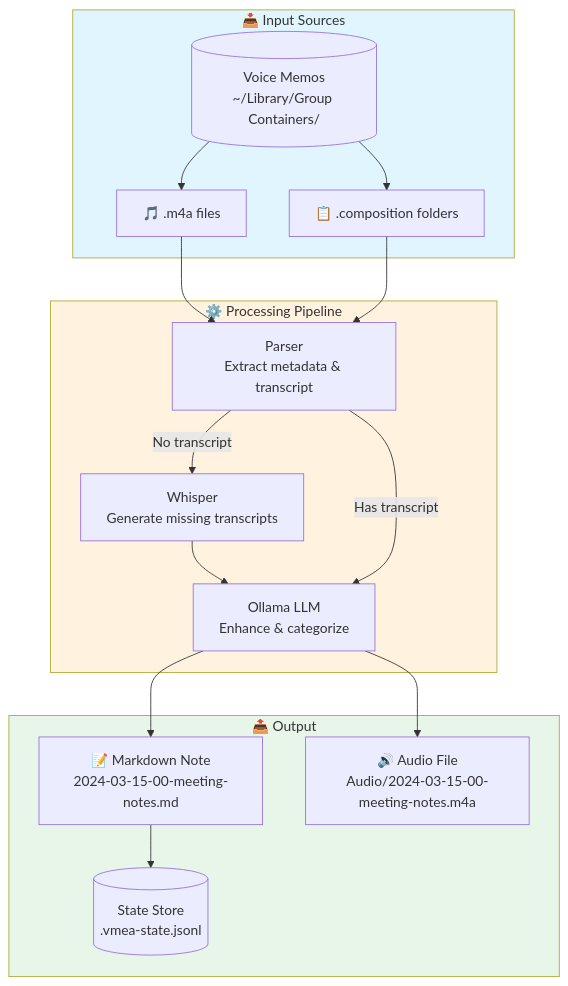
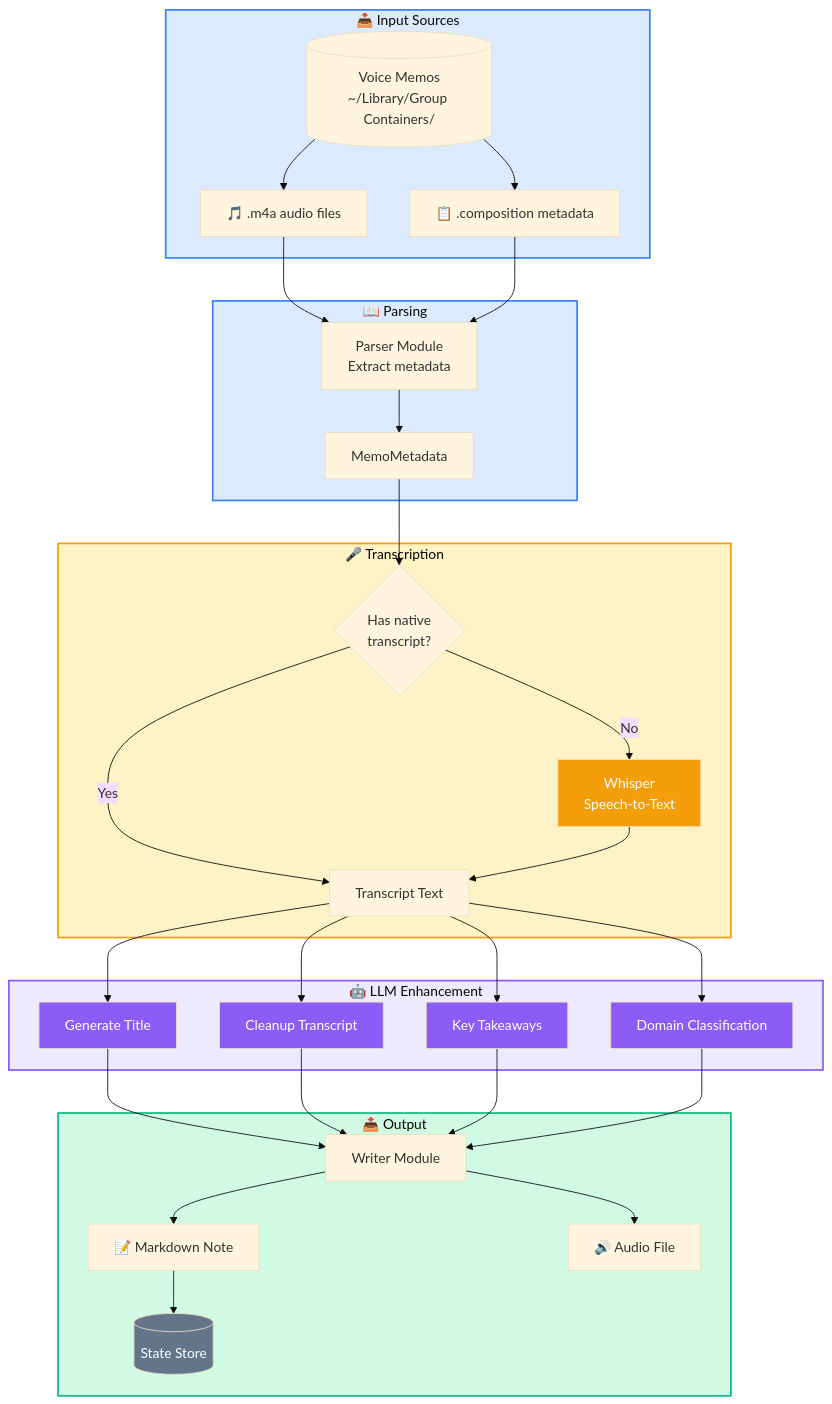
Before and after one commit to klappe-pm/vmea: the second of 5 diagrams in README.md, drawn with Mermaid. The commit also changed other lines of this file, not shown here.

First line of the commit message:
docs: Add summary, move diagrams to bottom, apply consistent color scheme

````diff
--- a/README.md
+++ b/README.md
@@ -75,36 +390,66 @@
 ```mermaid
+%%{init: {'theme': 'base'}}%%
 flowchart TB
     subgraph Input["📥 Input Sources"]
         VM[("Voice Memos<br/>~/Library/Group Containers/")]
-        M4A["🎵 .m4a files"]
-        COMP["📋 .composition folders"]
+        M4A["🎵 .m4a audio files"]
+        COMP["📋 .composition metadata"]
         VM --> M4A
         VM --> COMP
     end
 
-    subgraph Processing["⚙️ Processing Pipeline"]
-        PARSE["Parser<br/>Extract metadata & transcript"]
-        WHISPER["Whisper<br/>Generate missing transcripts"]
-        LLM["Ollama LLM<br/>Enhance & categorize"]
-        
-        M4A --> PARSE
-        COMP --> PARSE
-        PARSE -->|No transcript| WHISPER
-        WHISPER --> LLM
-        PARSE -->|Has transcript| LLM
+    subgraph Parse["📖 Parsing"]
+        PARSER["Parser Module<br/>Extract metadata"]
+        META["MemoMetadata"]
+        M4A --> PARSER
+        COMP --> PARSER
+        PARSER --> META
+    end
+
+    subgraph Transcribe["🎤 Transcription"]
+        NATIVE{"Has native<br/>transcript?"}
+        WHISPER["Whisper<br/>Speech-to-Text"]
+        TRANS["Transcript Text"]
+        META --> NATIVE
+        NATIVE -->|No| WHISPER
+        NATIVE -->|Yes| TRANS
+        WHISPER --> TRANS
+    end
+
+    subgraph LLM["🤖 LLM Enhancement"]
+        TITLE["Generate Title"]
+        CLEANUP["Cleanup Transcript"]
+        TAKEAWAY["Key Takeaways"]
+        DOMAIN["Domain Classification"]
+        TRANS --> TITLE
+        TRANS --> CLEANUP
+        TRANS --> TAKEAWAY
+        TRANS --> DOMAIN
     end
 
     subgraph Output["📤 Output"]
-        MD["📝 Markdown Note<br/>2024-03-15-00-meeting-notes.md"]
-        AUDIO["🔊 Audio File<br/>Audio/2024-03-15-00-meeting-notes.m4a"]
-        STATE[("State Store<br/>.vmea-state.jsonl")]
-        
-        LLM --> MD
-        LLM --> AUDIO
+        WRITE["Writer Module"]
+        MD["📝 Markdown Note"]
+        AUDIO["🔊 Audio File"]
+        STATE[("State Store")]
+        TITLE --> WRITE
+        CLEANUP --> WRITE
+        TAKEAWAY --> WRITE
+        DOMAIN --> WRITE
+        WRITE --> MD
+        WRITE --> AUDIO
         MD --> STATE
     end
 
-    style Input fill:#e1f5fe
-    style Processing fill:#fff3e0
-    style Output fill:#e8f5e9
+    style Input fill:#dbeafe,stroke:#3b82f6,stroke-width:2px
+    style Parse fill:#dbeafe,stroke:#3b82f6,stroke-width:2px
+    style Transcribe fill:#fef3c7,stroke:#f59e0b,stroke-width:2px
+    style LLM fill:#ede9fe,stroke:#8b5cf6,stroke-width:2px
+    style Output fill:#d1fae5,stroke:#10b981,stroke-width:2px
+    style WHISPER fill:#f59e0b,color:#fff
+    style TITLE fill:#8b5cf6,color:#fff
+    style CLEANUP fill:#8b5cf6,color:#fff
+    style TAKEAWAY fill:#8b5cf6,color:#fff
+    style DOMAIN fill:#8b5cf6,color:#fff
+    style STATE fill:#64748b,color:#fff
 ```
````
